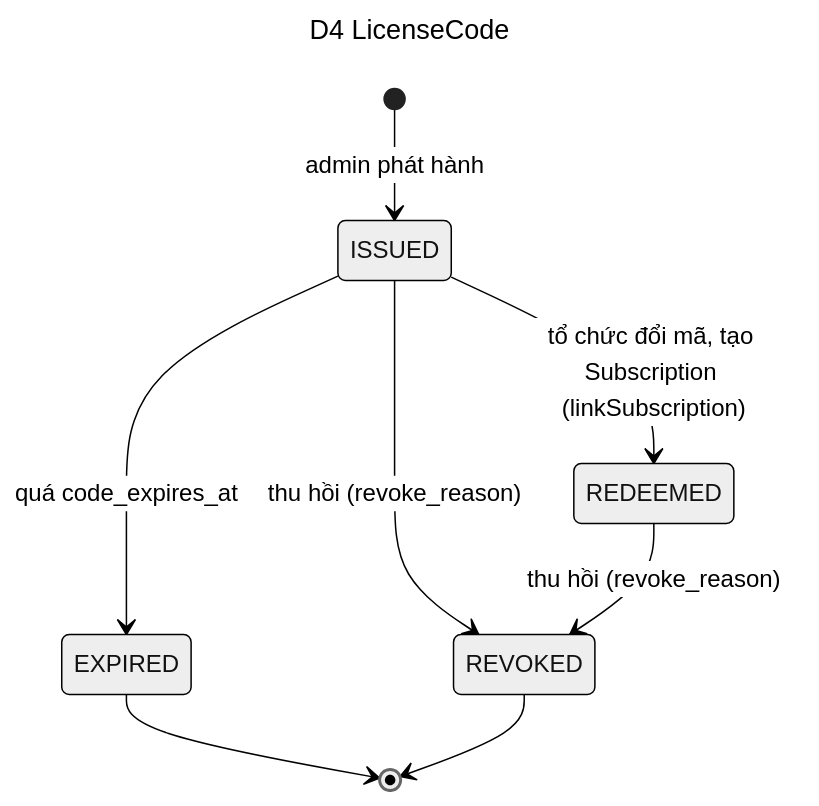
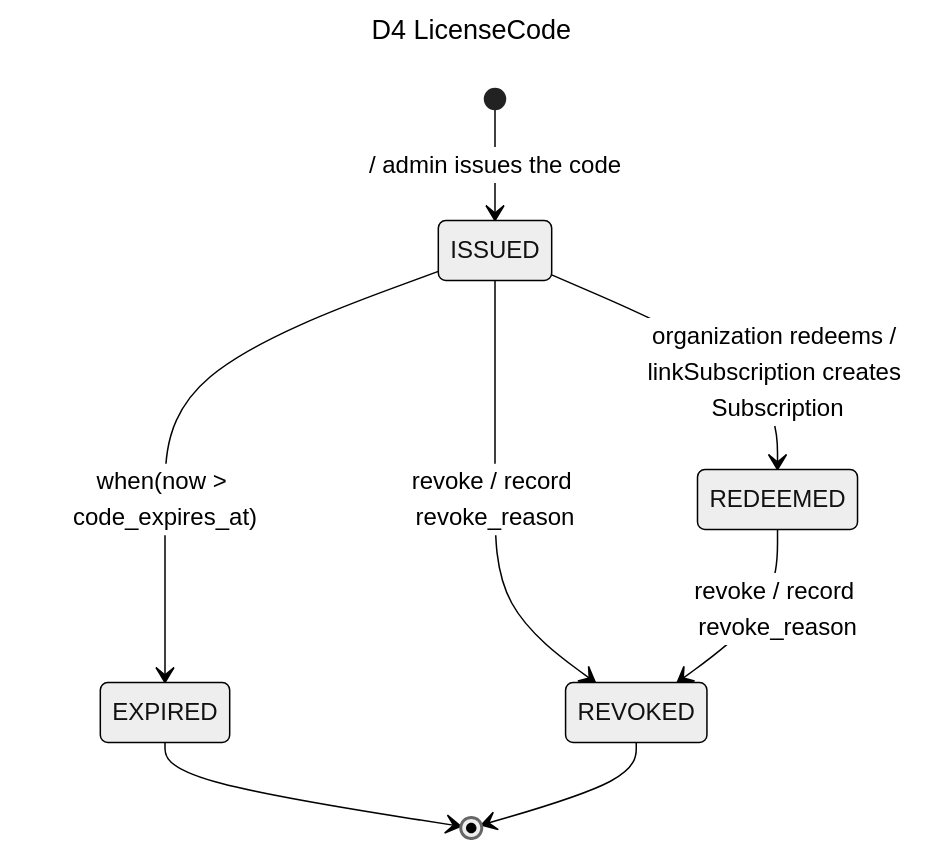
The diagram in projects/architecture/erd/d4-state-license-code.mmd (pte-org/pte-doc), drawn with Mermaid (neutral theme) before and after one commit. The commit also changed 59 other files, not shown here.

```diff
--- a/projects/architecture/erd/d4-state-license-code.mmd
+++ b/projects/architecture/erd/d4-state-license-code.mmd
@@ -1,12 +1,13 @@
 ---
 title: D4 LicenseCode
 ---
-%% Nguồn: billing/domain/LicenseCode.java, LicenseCodeExpirationService
+%% UML 2.5 state machine. Transition label syntax: trigger [guard] / effect.
+%% Source: billing/domain/LicenseCode.java, LicenseCodeExpirationService
 stateDiagram-v2
-  [*] --> ISSUED : admin phát hành
-  ISSUED --> REDEEMED : tổ chức đổi mã, tạo Subscription (linkSubscription)
-  ISSUED --> EXPIRED : quá code_expires_at
-  ISSUED --> REVOKED : thu hồi (revoke_reason)
-  REDEEMED --> REVOKED : thu hồi (revoke_reason)
+  [*] --> ISSUED : / admin issues the code
+  ISSUED --> REDEEMED : organization redeems / linkSubscription creates Subscription
+  ISSUED --> EXPIRED : when(now > code_expires_at)
+  ISSUED --> REVOKED : revoke / record revoke_reason
+  REDEEMED --> REVOKED : revoke / record revoke_reason
   EXPIRED --> [*]
   REVOKED --> [*]
```
